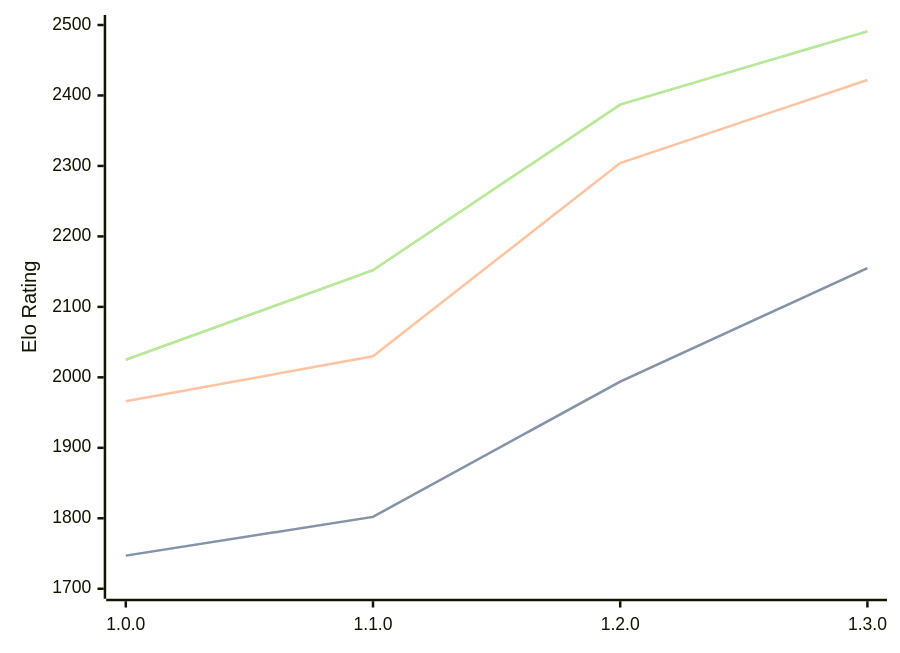
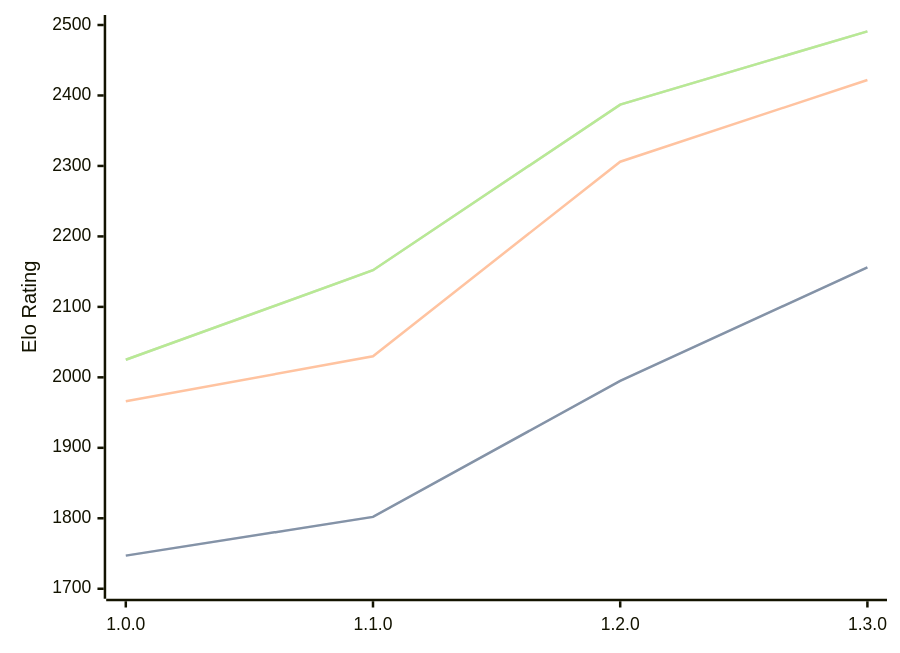
One commit to computer-chess-index/cci changed the diagram in engines/Anodos.md. Above: the diagram before and after it, drawn with Mermaid. The commit also changed other lines of this file, not shown here.

````diff
--- a/engines/Anodos.md
+++ b/engines/Anodos.md
@@ -34,11 +34,11 @@
 ```mermaid
 %%{init: {"theme":"base","themeVariables":{"seriesColors:['#a3a3a3','#222221','#faa371']}}}%%
 xychart-beta
   x-axis ["1.0.0", "1.1.0", "1.2.0", "1.3.0"]
   y-axis "Elo Rating" 1700 --> 2500
-  line "STC (8.0+0.08s)" [1747, 1802, 1994, 2155]
-  line "STC (8.0+0.08s)" [1747, 1802, 1994, 2155]
-  line "LTC (60.0+0.60s)" [1966, 2030, 2304, 2422]
+  line "STC (8.0+0.08s)" [1747, 1802, 1995, 2156]
+  line "STC (8.0+0.08s)" [1747, 1802, 1995, 2156]
+  line "LTC (60.0+0.60s)" [1966, 2030, 2306, 2422]
   line "VLTC (2m24s+1.12s)" [2025, 2152, 2387, 2491]
   line "VLTC (2m24s+1.12s)" [2025, 2152, 2387, 2491]
 ```
````
